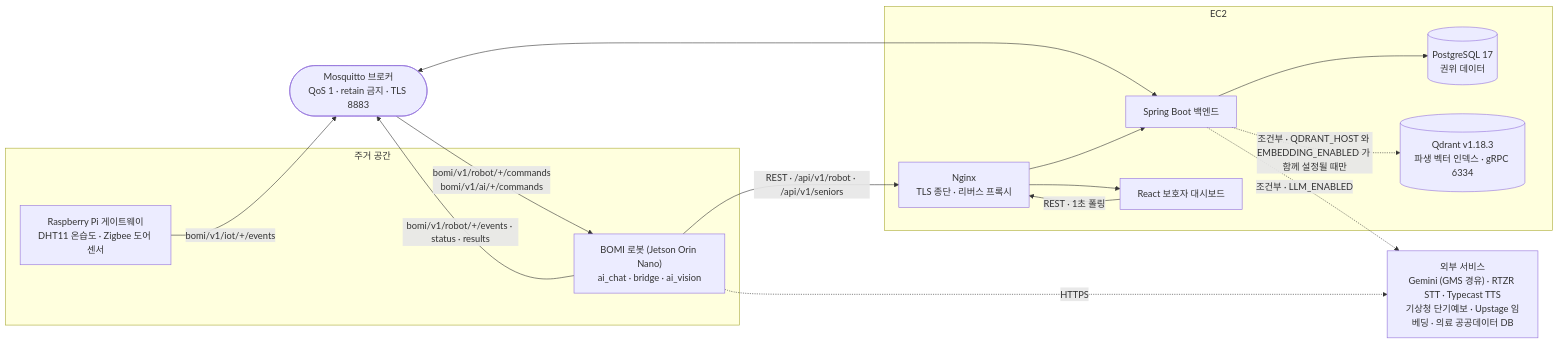
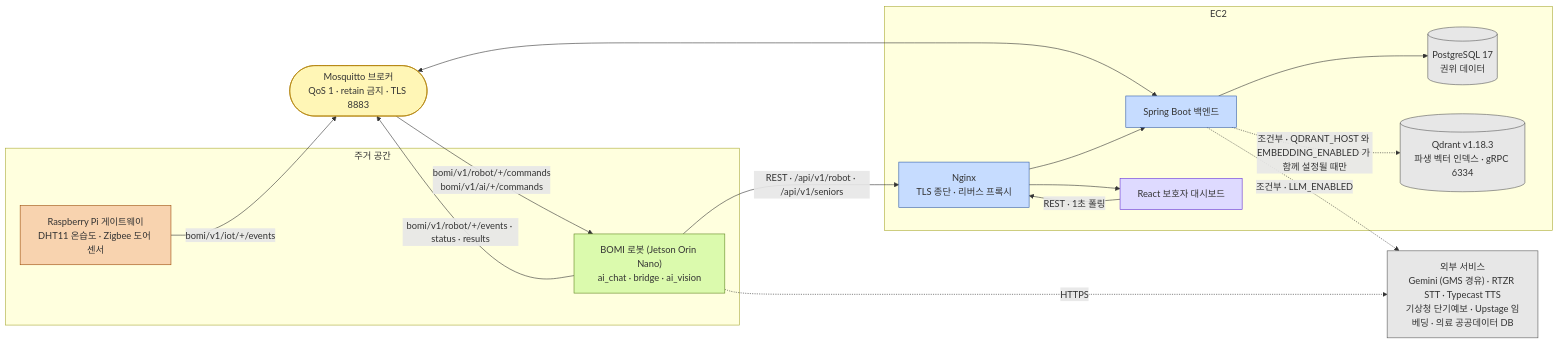
The first of 2 diagrams in docs/architecture/시스템 개요.md (bomi-aiot/BOMI), drawn with Mermaid before and after one commit. The commit also changed other lines of this file and 13 other files, not shown here.

First line of the commit message:
docs: 문서 다이어그램 팔레트 통일과 배치 정리

````diff
--- a/docs/architecture/시스템 개요.md
+++ b/docs/architecture/시스템 개요.md
@@ -11,33 +11,41 @@
 ```mermaid
 flowchart LR
+  classDef iot fill:#f8d3af,stroke:#9b4a07
+  classDef robot fill:#dbfaad,stroke:#608520
+  classDef broker fill:#fff6b6,stroke:#af7e02
+  classDef ec2 fill:#c6dcff,stroke:#305bab
+  classDef fe fill:#dedaff,stroke:#6631d7
+  classDef db fill:#e7e7e7,stroke:#595959
+  classDef ext fill:#e7e7e7,stroke:#595959
+
   subgraph Home["주거 공간"]
-    IoT["Raspberry Pi 게이트웨이<br/>DHT11 온습도 · Zigbee 도어 센서"]
-    Robot["BOMI 로봇 (Jetson Orin Nano)<br/>ai_chat · bridge · ai_vision"]
+    IoT["Raspberry Pi 게이트웨이<br/>DHT11 온습도 · Zigbee 도어 센서"]:::iot
+    Robot["BOMI 로봇 (Jetson Orin Nano)<br/>ai_chat · bridge · ai_vision"]:::robot
   end
 
-  Broker(["Mosquitto 브로커<br/>QoS 1 · retain 금지 · TLS 8883"])
+  Broker(["Mosquitto 브로커<br/>QoS 1 · retain 금지 · TLS 8883"]):::broker
 
   subgraph EC2["EC2"]
-    NGX["Nginx<br/>TLS 종단 · 리버스 프록시"]
-    BE["Spring Boot 백엔드"]
-    FE["React 보호자 대시보드"]
-    PG[("PostgreSQL 17<br/>권위 데이터")]
-    QD[("Qdrant v1.18.3<br/>파생 벡터 인덱스 · gRPC 6334")]
+    NGX["Nginx<br/>TLS 종단 · 리버스 프록시"]:::ec2
+    BE["Spring Boot 백엔드"]:::ec2
+    FE["React 보호자 대시보드"]:::fe
+    PG[("PostgreSQL 17<br/>권위 데이터")]:::db
+    QD[("Qdrant v1.18.3<br/>파생 벡터 인덱스 · gRPC 6334")]:::db
   end
 
-  Ext["외부 서비스<br/>Gemini (GMS 경유) · RTZR STT · Typecast TTS<br/>기상청 단기예보 · Upstage 임베딩 · 의료 공공데이터 DB"]
+  Ext["외부 서비스<br/>Gemini (GMS 경유) · RTZR STT · Typecast TTS<br/>기상청 단기예보 · Upstage 임베딩 · 의료 공공데이터 DB"]:::ext
 
   IoT -->|"bomi/v1/iot/+/events"| Broker
   Robot -->|"bomi/v1/robot/+/events · status · results"| Broker
   Broker -->|"bomi/v1/robot/+/commands<br/>bomi/v1/ai/+/commands"| Robot
   Broker <--> BE
 
   Robot -->|"REST · /api/v1/robot · /api/v1/seniors"| NGX
   Robot -.->|HTTPS| Ext
   NGX --> BE
   NGX --> FE
   FE -->|"REST · 1초 폴링"| NGX
   BE --> PG
   BE -.->|"조건부 · QDRANT_HOST 와 EMBEDDING_ENABLED 가 함께 설정될 때만"| QD
   BE -.->|"조건부 · LLM_ENABLED"| Ext
 ```
````
